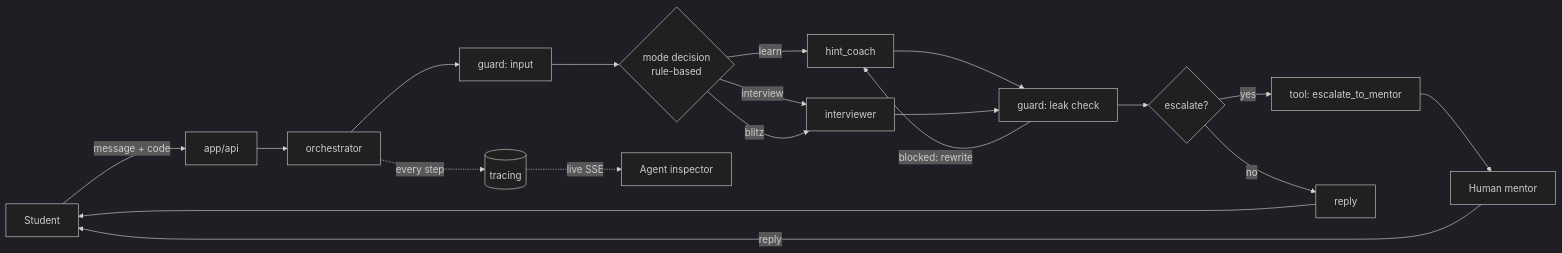
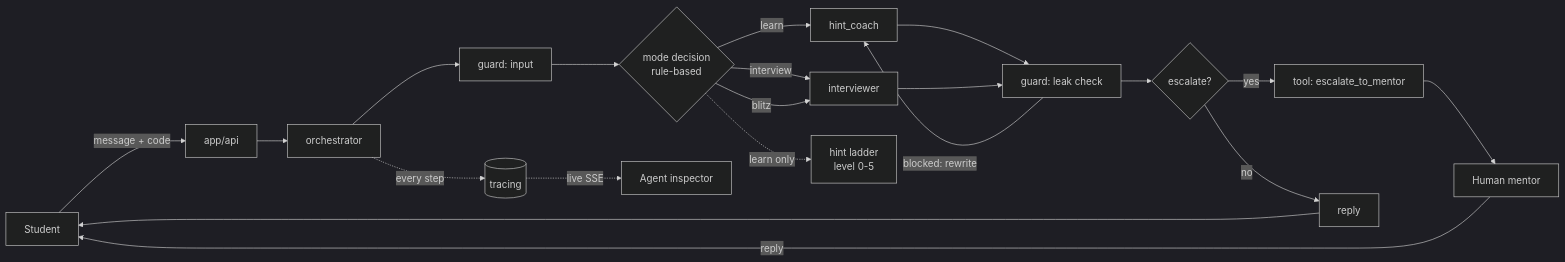
The diagram in docs/ARCHITECTURE.md (Damzy-23/sensei), drawn with Mermaid (dark theme) before and after one commit. The commit also changed other lines of this file and 32 other files, not shown here.

````diff
--- a/docs/ARCHITECTURE.md
+++ b/docs/ARCHITECTURE.md
@@ -21,20 +24,21 @@
 ```mermaid
 flowchart LR
     S[Student] -->|message + code| API[app/api]
     API --> O[orchestrator]
     O --> GI[guard: input]
     GI --> M{mode decision<br/>rule-based}
     M -->|learn| HC[hint_coach]
     M -->|interview| IV[interviewer]
     M -->|blitz| IV
+    M -. learn only .-> L[hint ladder<br/>level 0-5]
     HC --> GO[guard: leak check]
     IV --> GO
     GO -->|blocked: rewrite| HC
     GO --> E{escalate?}
     E -->|yes| T[tool: escalate_to_mentor] --> H[Human mentor]
     E -->|no| R[reply]
     H -->|reply| S
     R --> S
     O -. every step .-> TR[(tracing)]
     TR -. live SSE .-> INS[Agent inspector]
 ```
````
